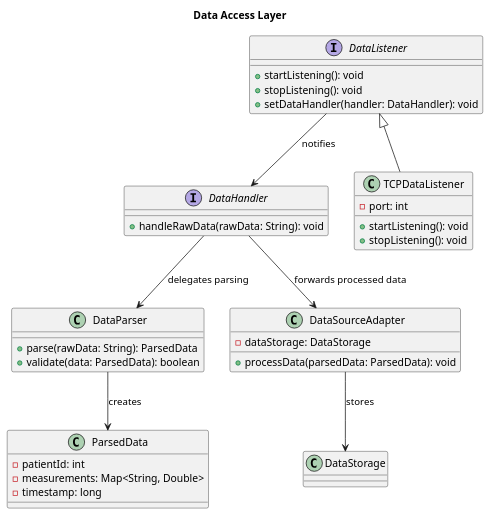
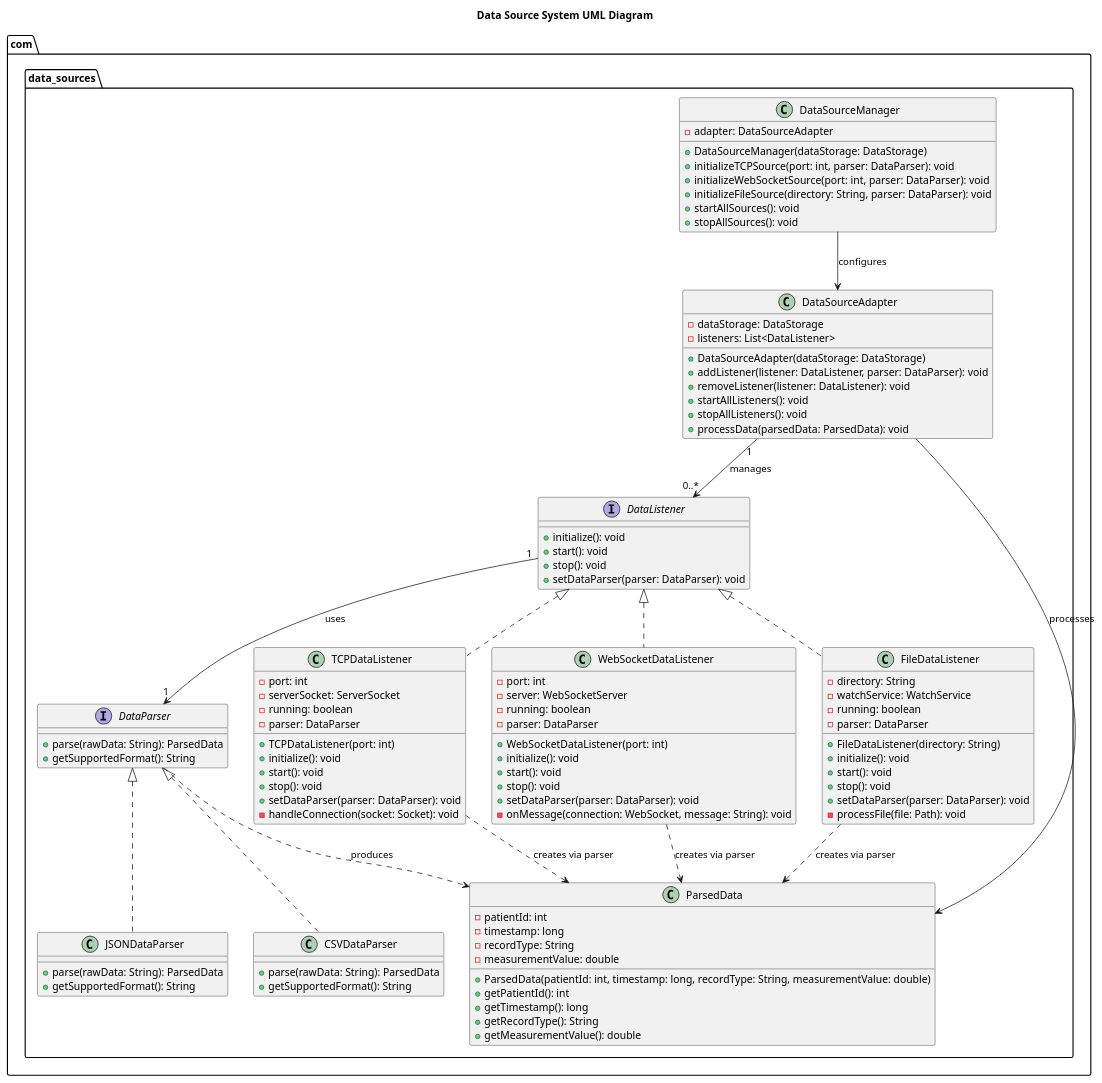
The diagram in uml_diagrams/data_access_layer.puml (noahcoolboy/signal_project), drawn with PlantUML before and after one commit.

Commit message:
i6393824 - Finished UML Diagrams

```diff
--- a/uml_diagrams/data_access_layer.puml
+++ b/uml_diagrams/data_access_layer.puml
@@ -1,45 +1,114 @@
-@startuml CHMS_Data_Ingestion
-title Data Access Layer
-interface DataListener {
-  +startListening(): void
-  +stopListening(): void
-  +setDataHandler(handler: DataHandler): void
+@startuml Data Source System
+title Data Source System UML Diagram
+
+package com.data_sources {
+  interface DataListener {
+    + initialize(): void
+    + start(): void
+    + stop(): void
+    + setDataParser(parser: DataParser): void
+  }
+
+  class TCPDataListener implements DataListener {
+    - port: int
+    - serverSocket: ServerSocket
+    - running: boolean
+    - parser: DataParser
+    
+    + TCPDataListener(port: int)
+    + initialize(): void
+    + start(): void
+    + stop(): void
+    + setDataParser(parser: DataParser): void
+    - handleConnection(socket: Socket): void
+  }
+
+  class WebSocketDataListener implements DataListener {
+    - port: int
+    - server: WebSocketServer
+    - running: boolean
+    - parser: DataParser
+    
+    + WebSocketDataListener(port: int)
+    + initialize(): void
+    + start(): void
+    + stop(): void
+    + setDataParser(parser: DataParser): void
+    - onMessage(connection: WebSocket, message: String): void
+  }
+
+  class FileDataListener implements DataListener {
+    - directory: String
+    - watchService: WatchService
+    - running: boolean
+    - parser: DataParser
+    
+    + FileDataListener(directory: String)
+    + initialize(): void
+    + start(): void
+    + stop(): void
+    + setDataParser(parser: DataParser): void
+    - processFile(file: Path): void
+  }
+
+  interface DataParser {
+    + parse(rawData: String): ParsedData
+    + getSupportedFormat(): String
+  }
+
+  class JSONDataParser implements DataParser {
+    + parse(rawData: String): ParsedData
+    + getSupportedFormat(): String
+  }
+
+  class CSVDataParser implements DataParser {
+    + parse(rawData: String): ParsedData
+    + getSupportedFormat(): String
+  }
+
+  class ParsedData {
+    - patientId: int
+    - timestamp: long
+    - recordType: String
+    - measurementValue: double
+    
+    + ParsedData(patientId: int, timestamp: long, recordType: String, measurementValue: double)
+    + getPatientId(): int
+    + getTimestamp(): long
+    + getRecordType(): String
+    + getMeasurementValue(): double
+  }
+
+  class DataSourceAdapter {
+    - dataStorage: DataStorage
+    - listeners: List<DataListener>
+    
+    + DataSourceAdapter(dataStorage: DataStorage)
+    + addListener(listener: DataListener, parser: DataParser): void
+    + removeListener(listener: DataListener): void
+    + startAllListeners(): void
+    + stopAllListeners(): void
+    + processData(parsedData: ParsedData): void
+  }
+
+  class DataSourceManager {
+    - adapter: DataSourceAdapter
+    
+    + DataSourceManager(dataStorage: DataStorage)
+    + initializeTCPSource(port: int, parser: DataParser): void
+    + initializeWebSocketSource(port: int, parser: DataParser): void
+    + initializeFileSource(directory: String, parser: DataParser): void
+    + startAllSources(): void
+    + stopAllSources(): void
+  }
 }
 
-interface DataHandler {
-  +handleRawData(rawData: String): void
-}
-
-class DataParser {
-  +parse(rawData: String): ParsedData
-  +validate(data: ParsedData): boolean
-}
-
-class DataSourceAdapter {
-  -dataStorage: DataStorage
-  +processData(parsedData: ParsedData): void
-}
-
-class TCPDataListener {
-  -port: int
-  +startListening(): void
-  +stopListening(): void
-}
-
-class ParsedData {
-  -patientId: int
-  -measurements: Map<String, Double>
-  -timestamp: long
-}
-
-' Relationships
-DataListener <|-- TCPDataListener
-DataListener --> DataHandler : «notifies»
-DataHandler --> DataParser : «delegates parsing»
-DataParser --> ParsedData : «creates»
-DataHandler --> DataSourceAdapter : «forwards processed data»
-DataSourceAdapter --> DataStorage : «stores»
-
-
-
+DataListener "1" --> "1" DataParser : uses
+DataSourceAdapter "1" --> "0..*" DataListener : manages
+DataSourceAdapter --> ParsedData : processes
+DataSourceManager --> DataSourceAdapter : configures
+TCPDataListener ..> ParsedData : creates via parser
+WebSocketDataListener ..> ParsedData : creates via parser
+FileDataListener ..> ParsedData : creates via parser
+DataParser ..> ParsedData : produces
 @enduml
```
